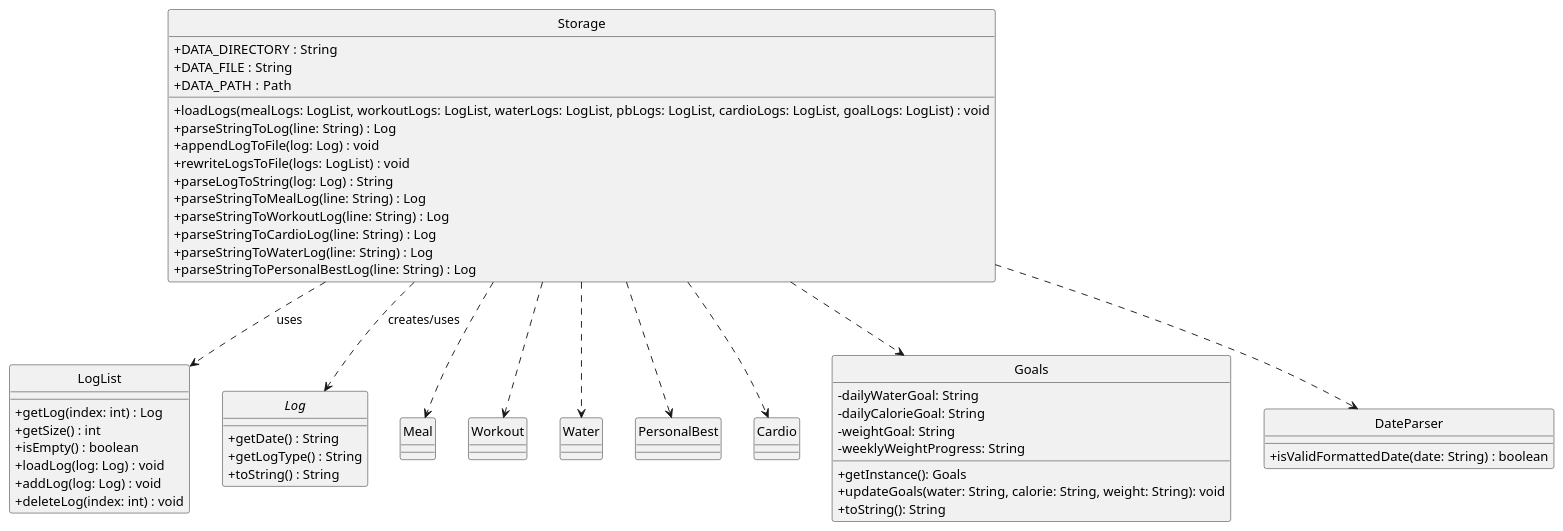
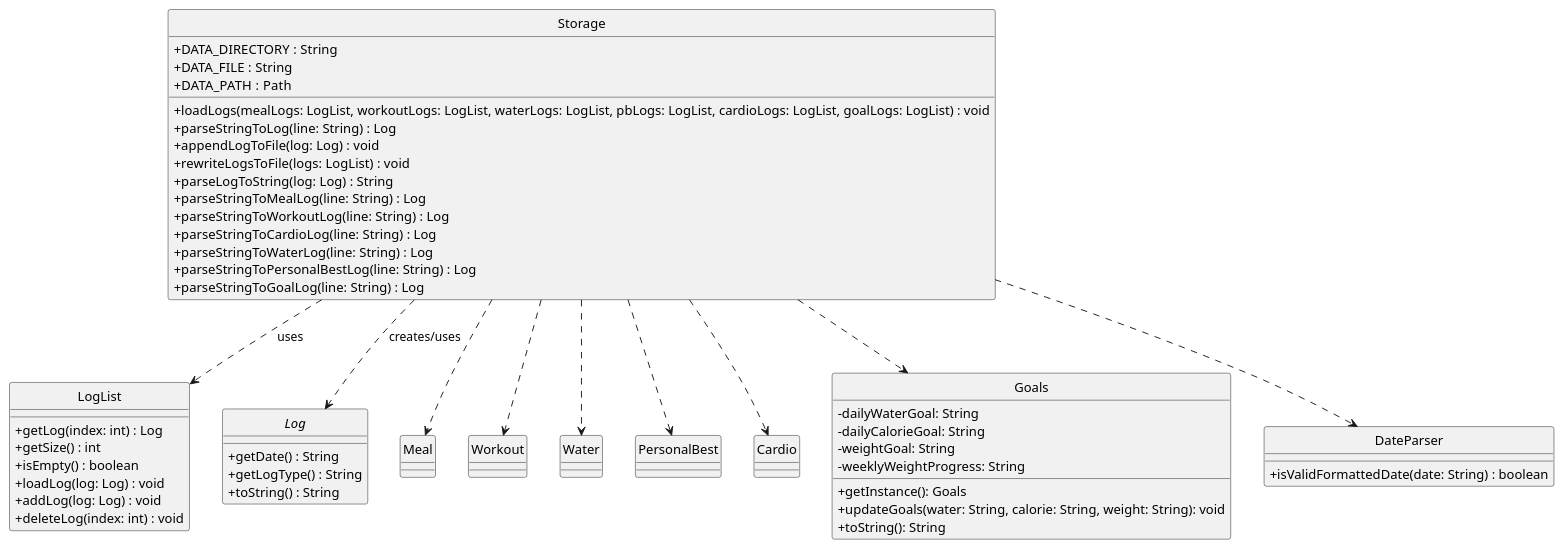
Before and after one commit to Jasonlobo21/tp: the diagram in docs/diagrams/StorageCD.puml, drawn with PlantUML. The commit also changed 3 other files, not shown here.

```diff
--- a/docs/diagrams/StorageCD.puml
+++ b/docs/diagrams/StorageCD.puml
@@ -1,65 +1,66 @@
 @startuml
 skinparam classAttributeIconSize 0
 hide circle
 
 class Storage {
     +DATA_DIRECTORY : String
     +DATA_FILE : String
     +DATA_PATH : Path
     +loadLogs(mealLogs: LogList, workoutLogs: LogList, waterLogs: LogList, pbLogs: LogList, cardioLogs: LogList, goalLogs: LogList) : void
     +parseStringToLog(line: String) : Log
     +appendLogToFile(log: Log) : void
     +rewriteLogsToFile(logs: LogList) : void
     +parseLogToString(log: Log) : String
     +parseStringToMealLog(line: String) : Log
     +parseStringToWorkoutLog(line: String) : Log
     +parseStringToCardioLog(line: String) : Log
     +parseStringToWaterLog(line: String) : Log
     +parseStringToPersonalBestLog(line: String) : Log
+    +parseStringToGoalLog(line: String) : Log
 }
 
 class LogList {
     +getLog(index: int) : Log
     +getSize() : int
     +isEmpty() : boolean
     +loadLog(log: Log) : void
     +addLog(log: Log) : void
     +deleteLog(index: int) : void
 }
 
 abstract class Log {
     +getDate() : String
     +getLogType() : String
     +toString() : String
 }
 
 class Meal
 class Workout
 class Water
 class PersonalBest
 class Cardio
 class Goals {
   - dailyWaterGoal: String
   - dailyCalorieGoal: String
   - weightGoal: String
   - weeklyWeightProgress: String
   + getInstance(): Goals
   + updateGoals(water: String, calorie: String, weight: String): void
   + toString(): String
 }
 
 class DateParser {
     +isValidFormattedDate(date: String) : boolean
 }
 
 Storage ..> LogList : uses
 Storage ..> Log : creates/uses
 Storage ..> Meal
 Storage ..> Workout
 Storage ..> Water
 Storage ..> PersonalBest
 Storage ..> Cardio
 Storage ..> Goals
 Storage ..> DateParser
 
 @enduml
```
